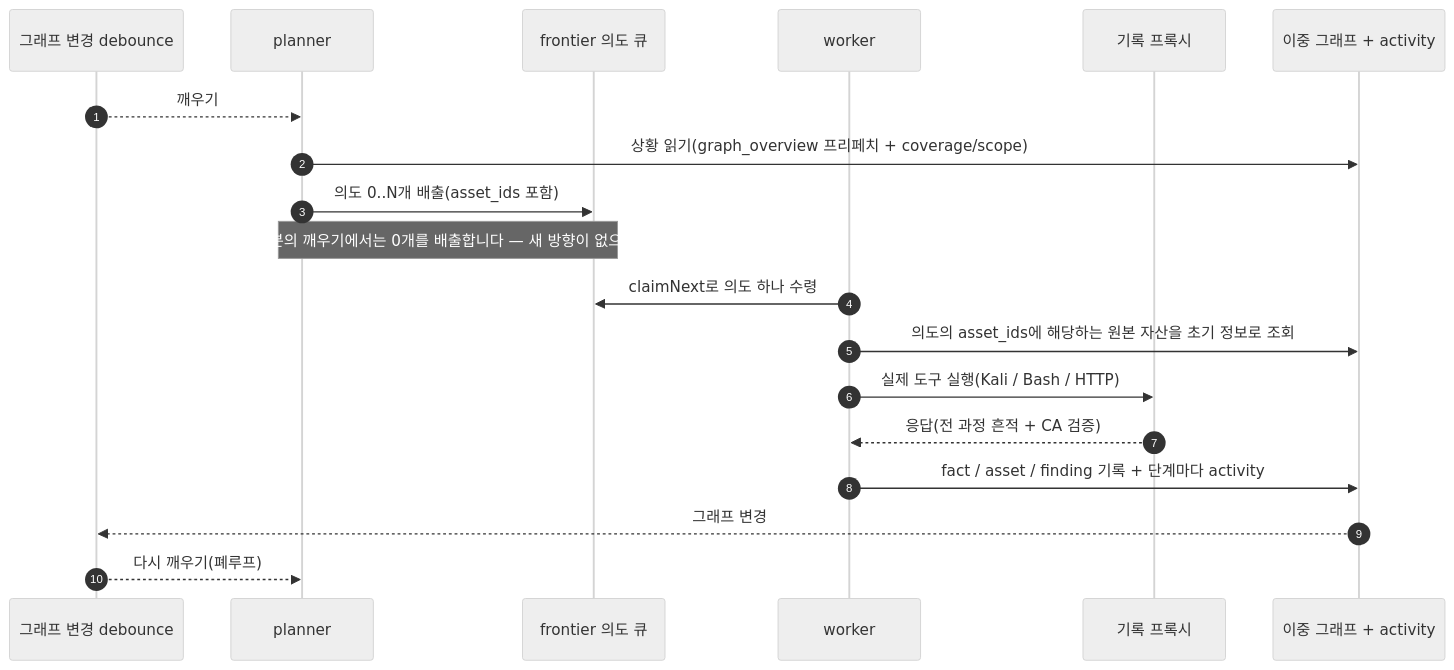
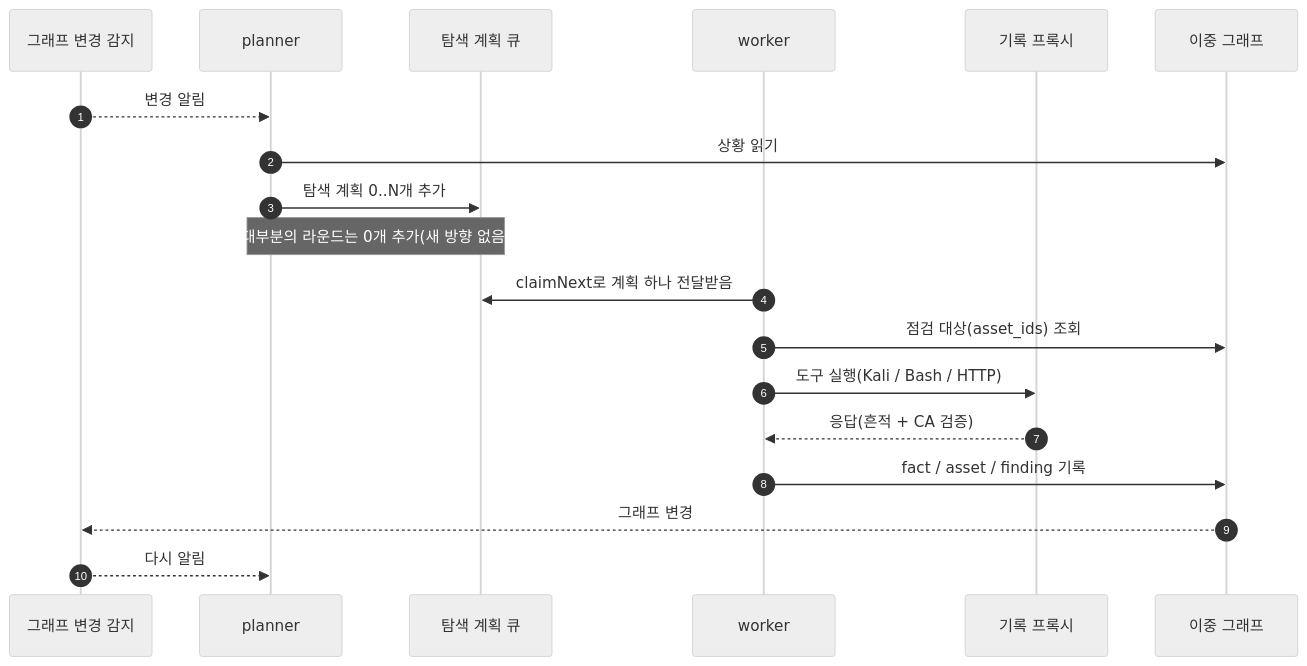
One commit to wnduddld0513/ARTEX-KR changed the third of 5 diagrams in README.md. Above: the diagram before and after it, drawn with Mermaid (neutral theme). The commit also changed other lines of this file and 88 other files, not shown here.

````diff
--- a/README.md
+++ b/README.md
@@ -397,22 +405,22 @@
 ```mermaid
 sequenceDiagram
   autonumber
-  participant EV as 그래프 변경 debounce
+  participant EV as 그래프 변경 감지
   participant P as planner
-  participant FR as frontier 의도 큐
+  participant FR as 탐색 계획 큐
   participant W as worker
   participant PX as 기록 프록시
-  participant DB as 이중 그래프 + activity
+  participant DB as 이중 그래프
 
-  EV-->>P: 깨우기
-  P->>DB: 상황 읽기(graph_overview 프리페치 + coverage/scope)
-  P->>FR: 의도 0..N개 배출(asset_ids 포함)
-  Note over P,FR: 대부분의 깨우기에서는 0개를 배출합니다 — 새 방향이 없으면 끝
-  W->>FR: claimNext로 의도 하나 수령
-  W->>DB: 의도의 asset_ids에 해당하는 원본 자산을 초기 정보로 조회
-  W->>PX: 실제 도구 실행(Kali / Bash / HTTP)
-  PX-->>W: 응답(전 과정 흔적 + CA 검증)
-  W->>DB: fact / asset / finding 기록 + 단계마다 activity
+  EV-->>P: 변경 알림
+  P->>DB: 상황 읽기
+  P->>FR: 탐색 계획 0..N개 추가
+  Note over P,FR: 대부분의 라운드는 0개 추가(새 방향 없음)
+  W->>FR: claimNext로 계획 하나 전달받음
+  W->>DB: 점검 대상(asset_ids) 조회
+  W->>PX: 도구 실행(Kali / Bash / HTTP)
+  PX-->>W: 응답(흔적 + CA 검증)
+  W->>DB: fact / asset / finding 기록
   DB-->>EV: 그래프 변경
-  EV-->>P: 다시 깨우기(폐루프)
+  EV-->>P: 다시 알림
 ```
````
